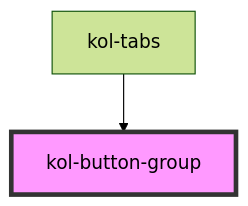
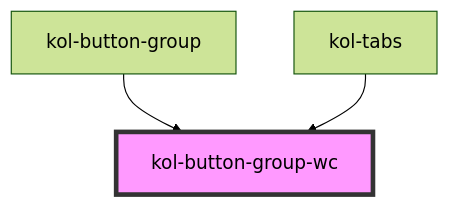
Before and after one commit to public-ui/kolibri: the diagram in packages/library/src/components/button-group/readme.md, drawn with Mermaid (forest theme). The commit also changed other lines of this file and 8 other files, not shown here.

Commit message:
refactor: button-group without shadow and reuse it in tabs

````diff
--- a/packages/library/src/components/button-group/readme.md
+++ b/packages/library/src/components/button-group/readme.md
@@ -97,5 +98,6 @@
 ```mermaid
 graph TD;
-  kol-tabs --> kol-button-group
-  style kol-button-group fill:#f9f,stroke:#333,stroke-width:4px
+  kol-button-group --> kol-button-group-wc
+  kol-tabs --> kol-button-group-wc
+  style kol-button-group-wc fill:#f9f,stroke:#333,stroke-width:4px
 ```
````
